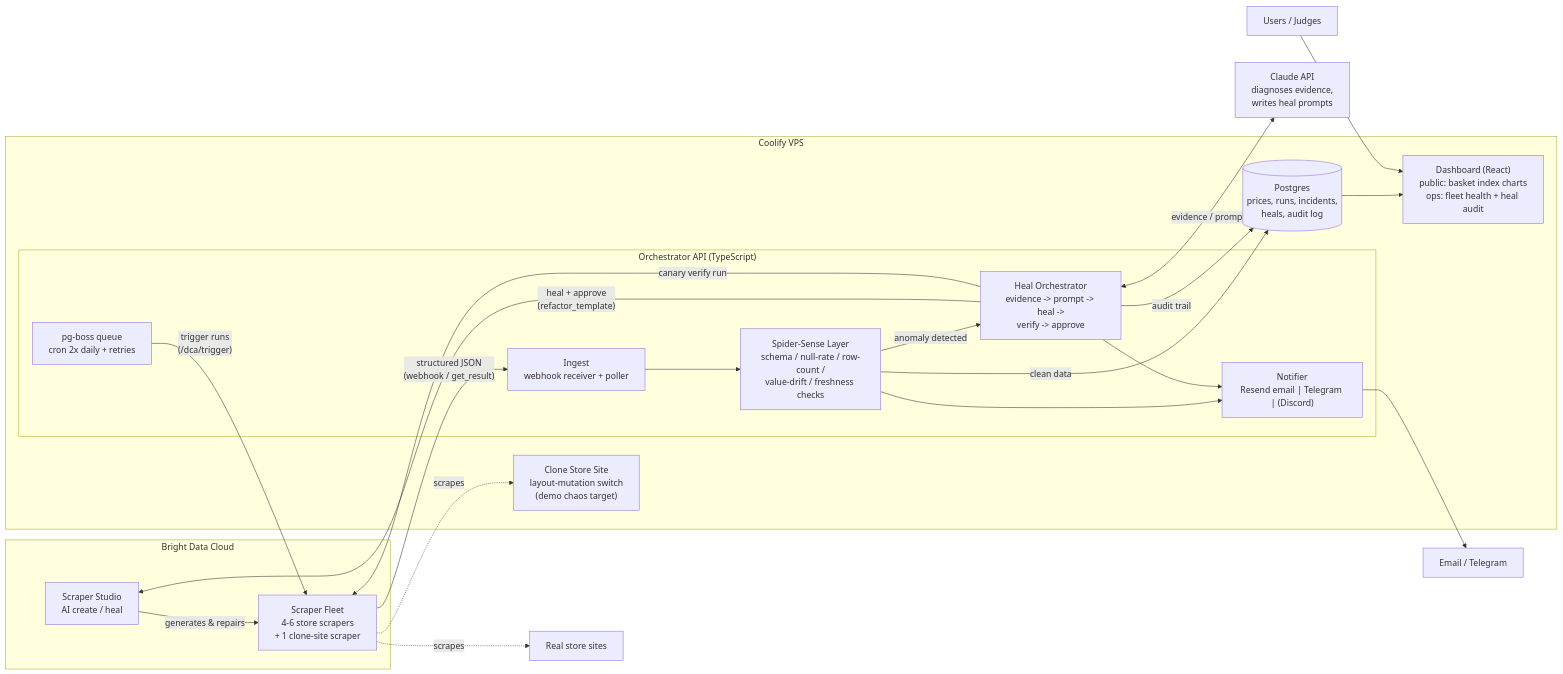
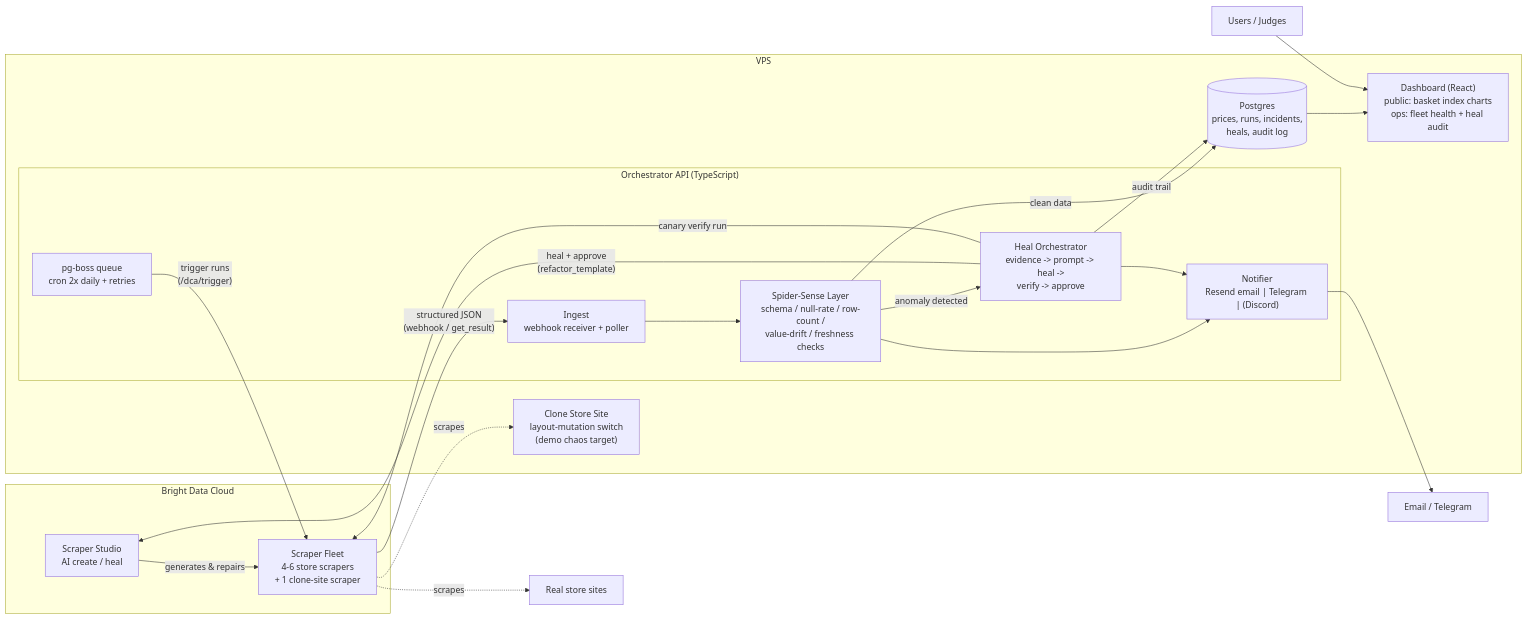
One commit to spencerjireh/basketwatch changed the first of 5 diagrams in docs/architecture.md. Above: the diagram before and after it, drawn with Mermaid. The commit also changed other lines of this file and 26 other files, not shown here.

````diff
--- a/docs/architecture.md
+++ b/docs/architecture.md
@@ -54,42 +60,40 @@
 ```mermaid
 flowchart LR
     subgraph BD["Bright Data Cloud"]
         SS["Scraper Studio<br/>AI create / heal"]
         FLEET["Scraper Fleet<br/>4-6 store scrapers<br/>+ 1 clone-site scraper"]
         SS -->|generates & repairs| FLEET
     end
 
-    subgraph VPS["Coolify VPS"]
+    subgraph VPS["VPS"]
         subgraph API["Orchestrator API (TypeScript)"]
             SCHED["pg-boss queue<br/>cron 2x daily + retries"]
             INGEST["Ingest<br/>webhook receiver + poller"]
             SENSE["Spider-Sense Layer<br/>schema / null-rate / row-count /<br/>value-drift / freshness checks"]
             HEAL["Heal Orchestrator<br/>evidence -> prompt -> heal -><br/>verify -> approve"]
             NOTIF["Notifier<br/>Resend email | Telegram | (Discord)"]
         end
         DB[("Postgres<br/>prices, runs, incidents,<br/>heals, audit log")]
         DASH["Dashboard (React)<br/>public: basket index charts<br/>ops: fleet health + heal audit"]
         CLONE["Clone Store Site<br/>layout-mutation switch<br/>(demo chaos target)"]
     end
 
-    CLAUDE["Claude API<br/>diagnoses evidence,<br/>writes heal prompts"]
     USERS["Users / Judges"]
     CHANNELS["Email / Telegram"]
 
     SCHED -->|"trigger runs<br/>(/dca/trigger)"| FLEET
     FLEET -->|"structured JSON<br/>(webhook / get_result)"| INGEST
     INGEST --> SENSE
     SENSE -->|clean data| DB
     SENSE -->|anomaly detected| HEAL
-    HEAL <-->|evidence / prompt| CLAUDE
     HEAL -->|"heal + approve<br/>(refactor_template)"| SS
     HEAL -->|canary verify run| FLEET
     HEAL -->|audit trail| DB
     SENSE --> NOTIF
     HEAL --> NOTIF
     DB --> DASH
     NOTIF --> CHANNELS
     USERS --> DASH
     FLEET -.->|scrapes| CLONE
     FLEET -.->|scrapes| WEB["Real store sites"]
 ```
````
